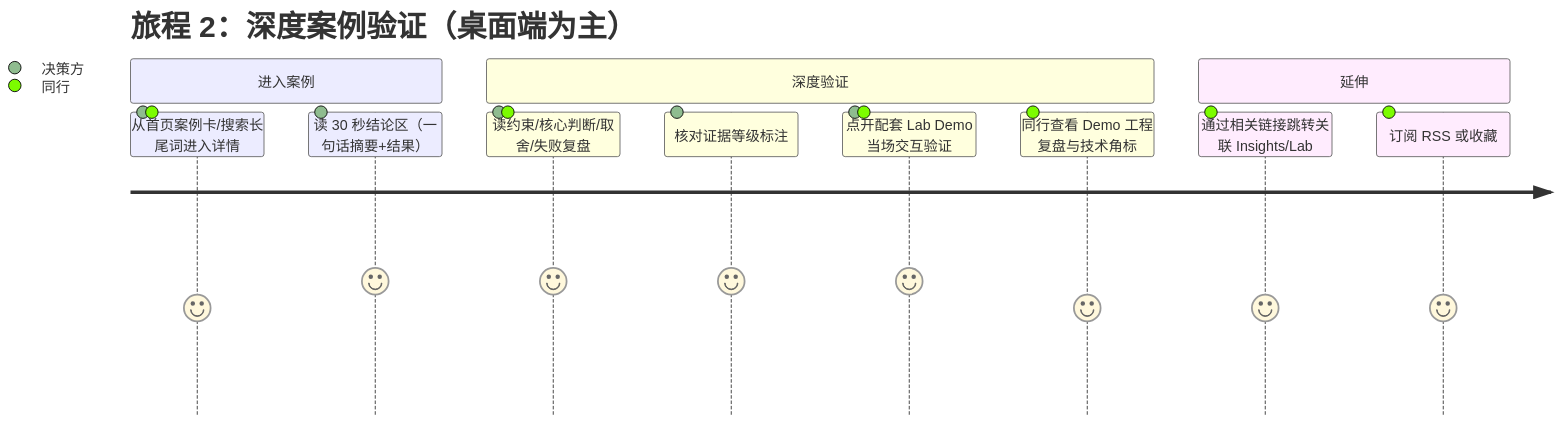
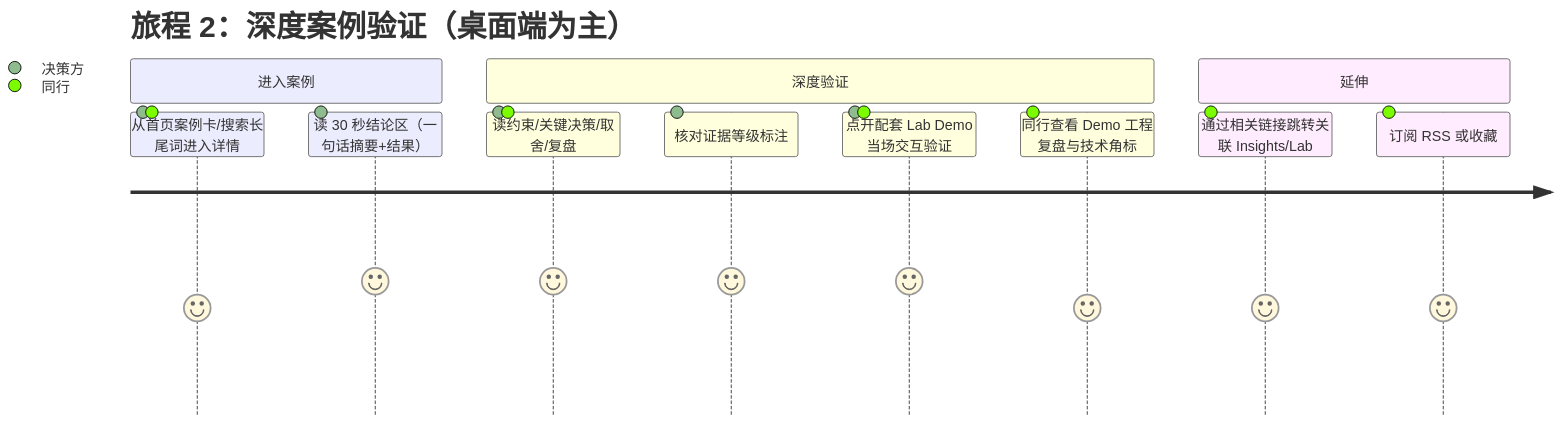
The second of 4 diagrams in docs/spec/PRD.md (rayw-lab/website), drawn with Mermaid before and after one commit. The commit also changed other lines of this file and 6 other files, not shown here.

````diff
--- a/docs/spec/PRD.md
+++ b/docs/spec/PRD.md
@@ -173,15 +174,15 @@
 ```mermaid
 journey
     title 旅程 2：深度案例验证（桌面端为主）
     section 进入案例
       从首页案例卡/搜索长尾词进入详情: 4: 决策方, 同行
       读 30 秒结论区（一句话摘要+结果）: 5: 决策方
     section 深度验证
-      读约束/核心判断/取舍/失败复盘: 5: 决策方, 同行
+      读约束/关键决策/取舍/复盘: 5: 决策方, 同行
       核对证据等级标注: 5: 决策方
       点开配套 Lab Demo 当场交互验证: 5: 决策方, 同行
       同行查看 Demo 工程复盘与技术角标: 4: 同行
     section 延伸
       通过相关链接跳转关联 Insights/Lab: 4: 同行
       订阅 RSS 或收藏: 4: 同行
 ```
````
